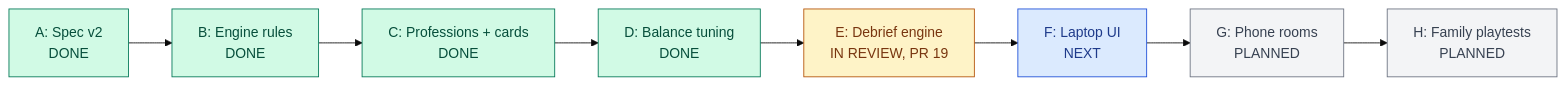
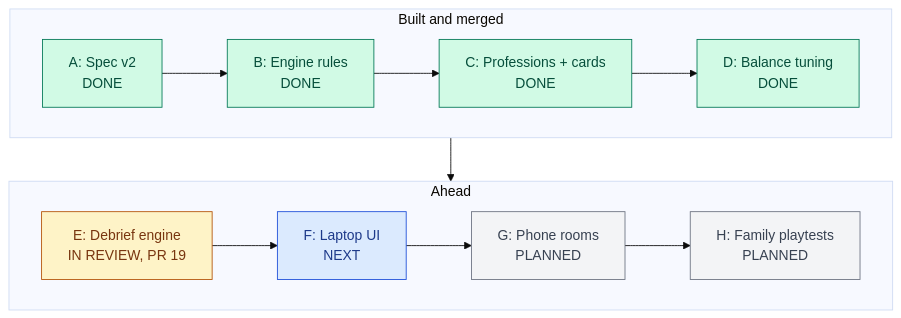
Before and after one commit to abeasley2020/financial-freedom: the first of 7 diagrams in README.md, drawn with Mermaid (base theme).

Commit message:
docs(readme): split the stage diagram into two rows so it stays readable

````diff
--- a/README.md
+++ b/README.md
@@ -15,15 +15,17 @@
 ```mermaid
-flowchart LR
-  A["A: Spec v2<br/>DONE"]:::done --> B["B: Engine rules<br/>DONE"]:::done
-  B --> C["C: Professions + cards<br/>DONE"]:::done
-  C --> D["D: Balance tuning<br/>DONE"]:::done
-  D --> E["E: Debrief engine<br/>IN REVIEW, PR 19"]:::review
-  E --> F["F: Laptop UI<br/>NEXT"]:::next
-  F --> G["G: Phone rooms<br/>PLANNED"]:::planned
-  G --> H["H: Family playtests<br/>PLANNED"]:::planned
+flowchart TB
+  subgraph built["Built and merged"]
+    direction LR
+    A["A: Spec v2<br/>DONE"]:::done --> B["B: Engine rules<br/>DONE"]:::done --> C["C: Professions + cards<br/>DONE"]:::done --> D["D: Balance tuning<br/>DONE"]:::done
+  end
+  subgraph ahead["Ahead"]
+    direction LR
+    E["E: Debrief engine<br/>IN REVIEW, PR 19"]:::review --> F["F: Laptop UI<br/>NEXT"]:::next --> G["G: Phone rooms<br/>PLANNED"]:::planned --> H["H: Family playtests<br/>PLANNED"]:::planned
+  end
+  built --> ahead
 
   classDef done fill:#d1fae5,stroke:#047857,color:#064e3b
   classDef review fill:#fef3c7,stroke:#b45309,color:#78350f
   classDef next fill:#dbeafe,stroke:#1d4ed8,color:#1e3a8a
   classDef planned fill:#f3f4f6,stroke:#6b7280,color:#374151
 ```
````
